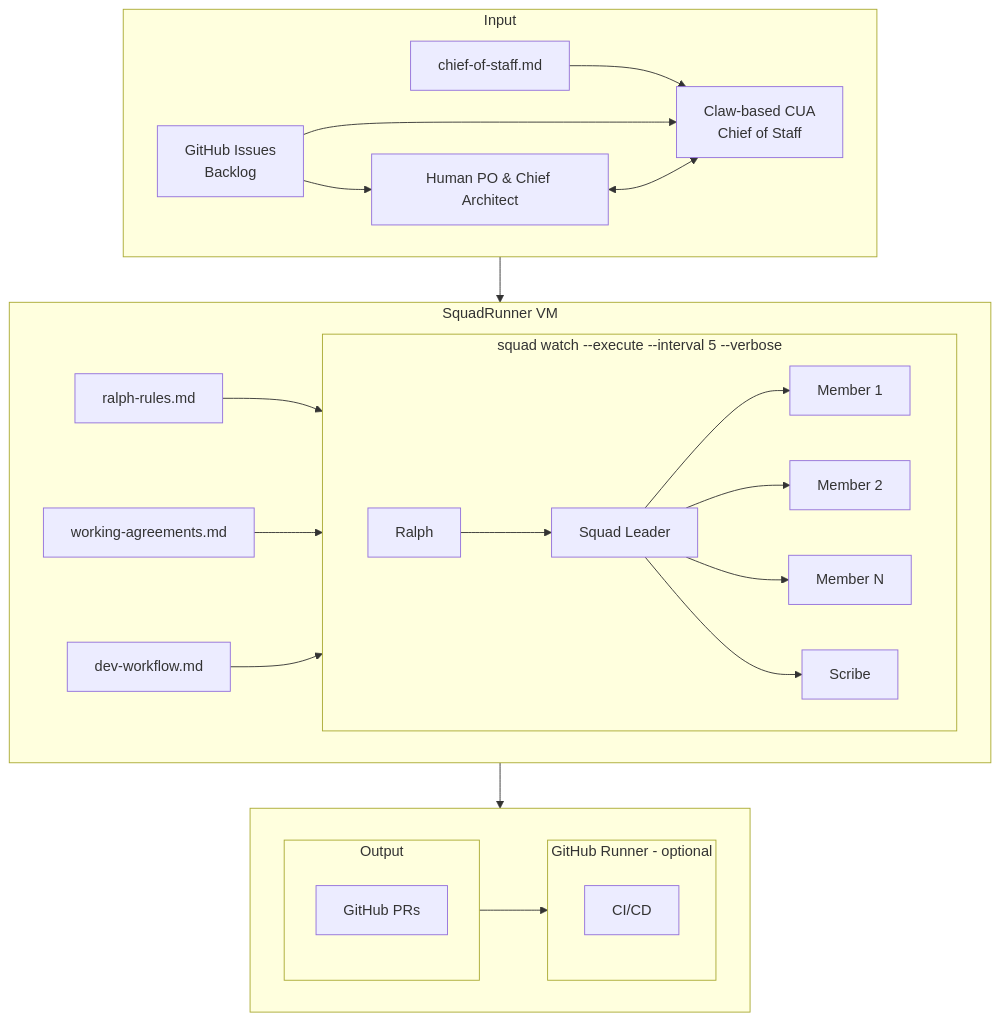
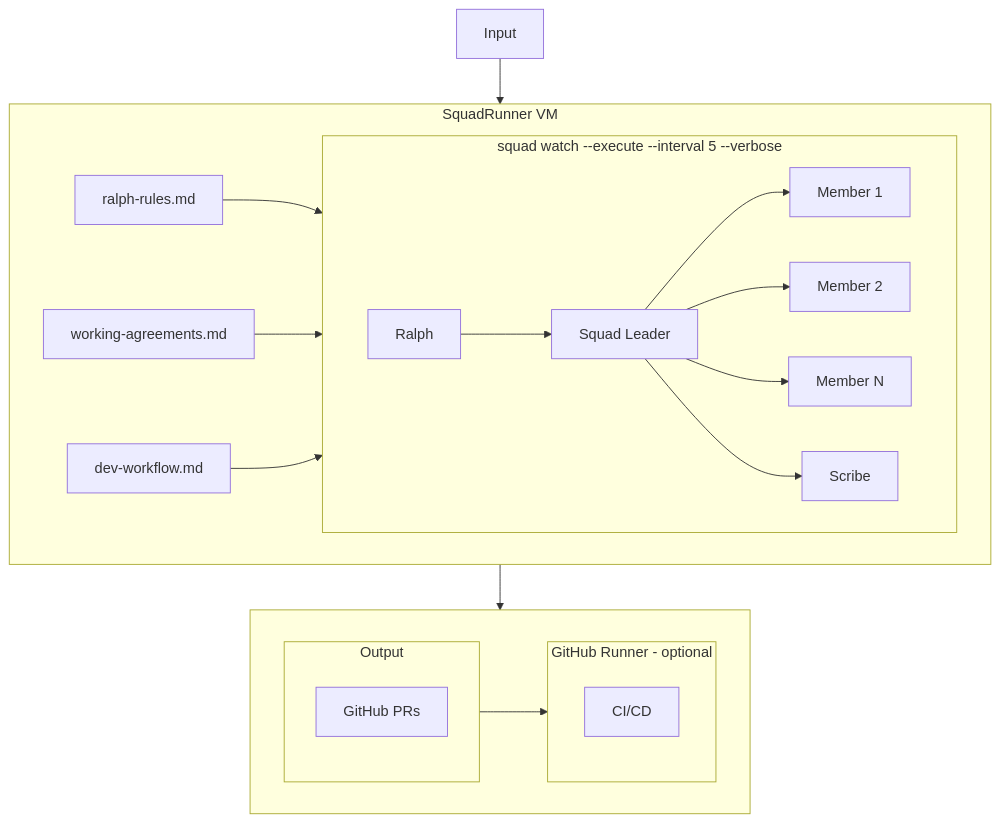
Before and after one commit to TheeUnderdog/SquadRunner: the diagram in README.md, drawn with Mermaid.

Commit message:
Update flowchart by removing input subgraph
Removed input subgraph from the flowchart.

````diff
--- a/README.md
+++ b/README.md
@@ -9,38 +9,32 @@
 ```mermaid
 flowchart TD
-    subgraph Input
-        COS[chief-of-staff.md] --> CUA
-        GH[GitHub Issues<br/>Backlog] --> H[Human PO & Chief Architect]
-        GH --> CUA[Claw-based CUA<br/>Chief of Staff]
-        H <--> CUA
-    end
     
     Input --> VM
     
     subgraph VM[SquadRunner VM]
         RR[ralph-rules.md] --> SW
         WA[working-agreements.md] --> SW
         DW[dev-workflow.md] --> SW
         subgraph SW[squad watch --execute --interval 5 --verbose]
             direction LR
             R[Ralph] --> SL[Squad Leader]
             SL --> M1[Member 1]
             SL --> M2[Member 2]
             SL --> MN[Member N]
             SL --> SC[Scribe]
         end
     end
     
     VM --> Bottom
     
     subgraph Bottom[ ]
         direction LR
         subgraph Output
             PR[GitHub PRs]
         end
         Output --> Runner
         subgraph Runner[GitHub Runner - optional]
             CI[CI/CD]
         end
     end
 ```
````
